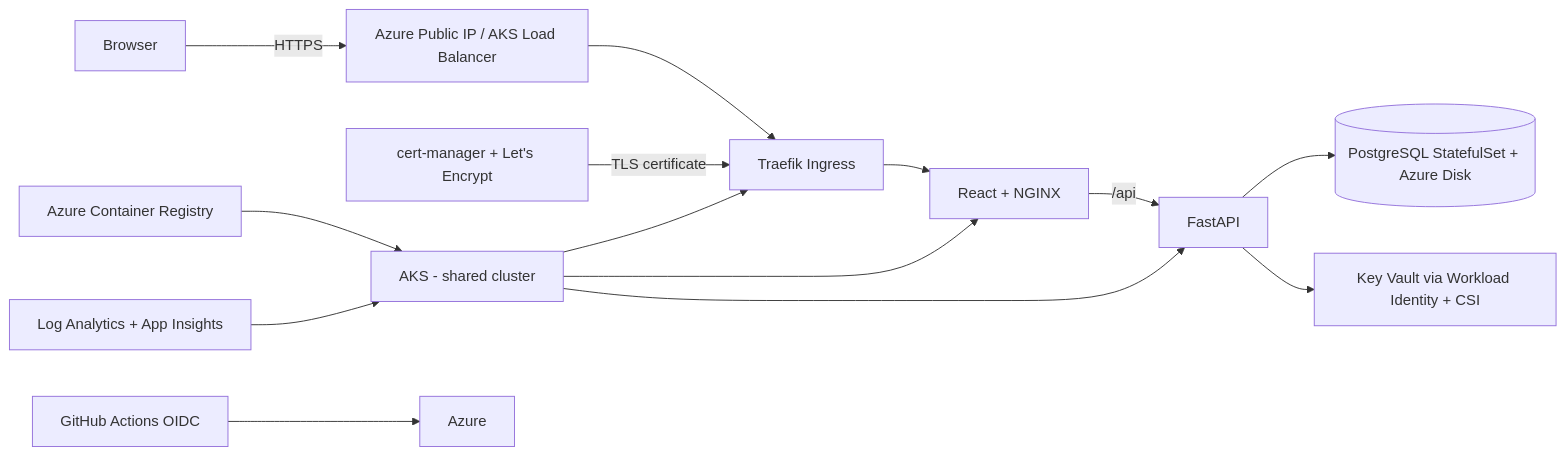
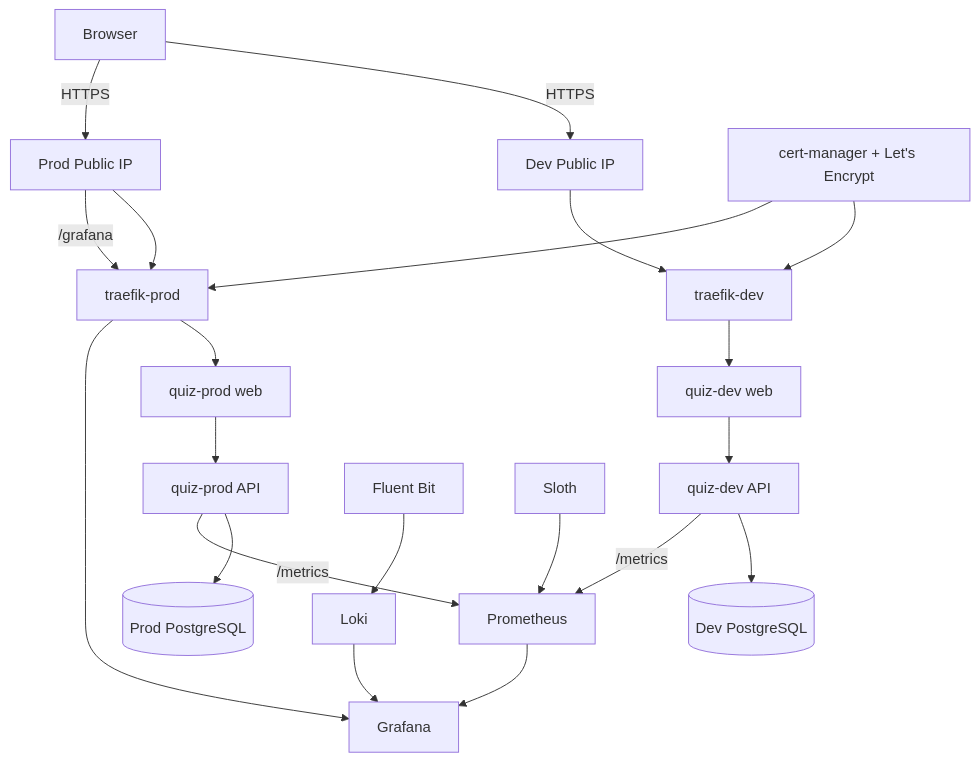
One commit to Fadi-Bedrossian/quiz_app changed the diagram in README.md. Above: the diagram before and after it, drawn with Mermaid. The commit also changed other lines of this file and 6 other files, not shown here.

First line of the commit message:
Refresh wiki and docs for current architecture

````diff
--- a/README.md
+++ b/README.md
@@ -15,16 +17,25 @@
 ```mermaid
-flowchart LR
-  U[Browser] -->|HTTPS| LB[Azure Public IP / AKS Load Balancer]
-  LB --> TR[Traefik Ingress]
-  CM[cert-manager + Let's Encrypt] -->|TLS certificate| TR
-  TR --> FE[React + NGINX]
-  FE -->|/api| API[FastAPI]
-  API --> PG[(PostgreSQL StatefulSet + Azure Disk)]
-  API --> KV[Key Vault via Workload Identity + CSI]
-  AKS[AKS - shared cluster] --> TR
-  AKS --> FE
-  AKS --> API
-  ACR[Azure Container Registry] --> AKS
-  MON[Log Analytics + App Insights] --> AKS
-  GH[GitHub Actions OIDC] --> AZ[Azure]
+flowchart TB
+  U[Browser]
+
+  U -->|HTTPS| DPIP[Dev Public IP]
+  U -->|HTTPS| PPIP[Prod Public IP]
+
+  DPIP --> DTR[traefik-dev] --> DWEB[quiz-dev web] --> DAPI[quiz-dev API]
+  PPIP --> PTR[traefik-prod] --> PWEB[quiz-prod web] --> PAPI[quiz-prod API]
+
+  PPIP -->|/grafana| PTR --> G[Grafana]
+
+  DAPI --> DPG[(Dev PostgreSQL)]
+  PAPI --> PPG[(Prod PostgreSQL)]
+
+  DAPI -->|/metrics| PROM[Prometheus]
+  PAPI -->|/metrics| PROM
+  FB[Fluent Bit] --> LOKI[Loki]
+  PROM --> G
+  LOKI --> G
+  SLOTH[Sloth] --> PROM
+
+  CM[cert-manager + Let's Encrypt] --> DTR
+  CM --> PTR
 ```
````
